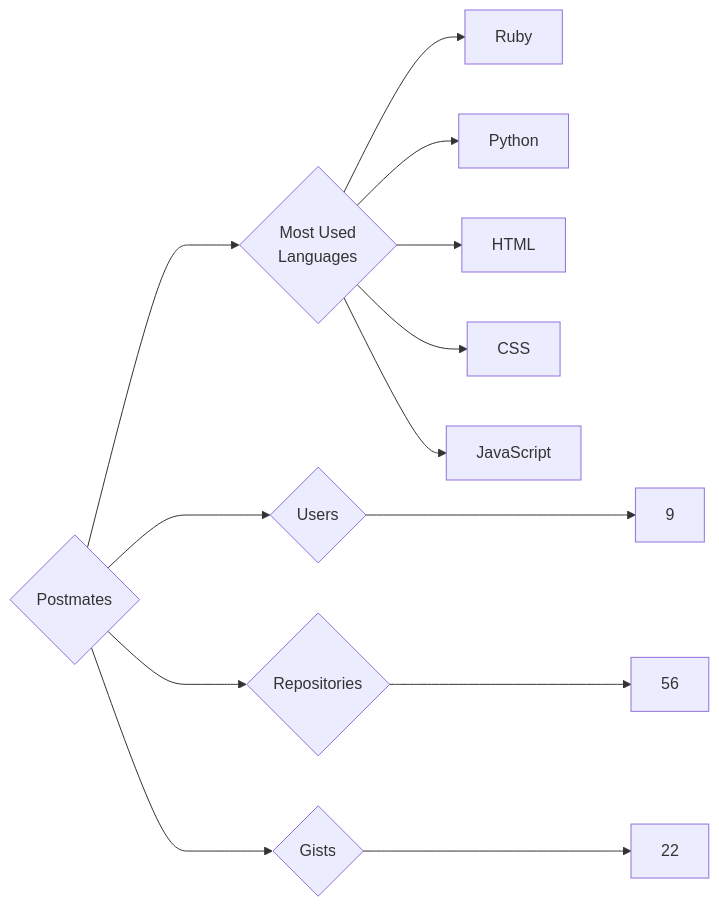
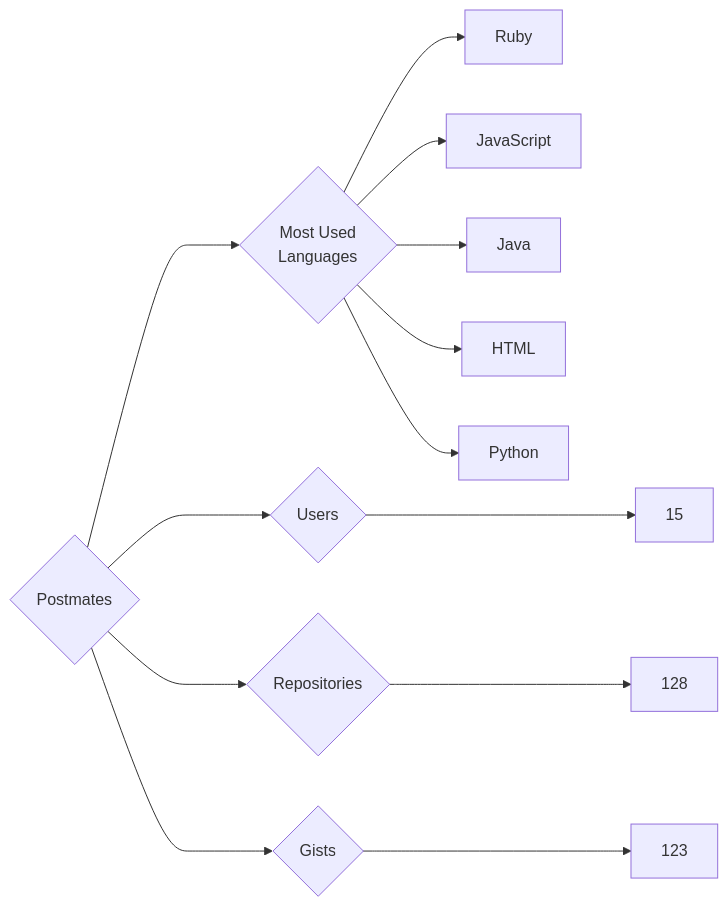
One commit to trickest/insiders changed the diagram in targets/Postmates/README.md. Above: the diagram before and after it, drawn with Mermaid. The commit also changed 1479 other files, not shown here.

````diff
--- a/targets/Postmates/README.md
+++ b/targets/Postmates/README.md
@@ -3,13 +3,13 @@
 ```mermaid
 graph LR
 COMPANY_NAME{Postmates}
-COMPANY_NAME ---> U{Users} ---> UN[9]
-COMPANY_NAME ---> R{Repositories} ---> RN[56]
-COMPANY_NAME ---> G{Gists} ---> GN[22]
+COMPANY_NAME ---> U{Users} ---> UN[15]
+COMPANY_NAME ---> R{Repositories} ---> RN[128]
+COMPANY_NAME ---> G{Gists} ---> GN[123]
 COMPANY_NAME ---> ML{Most Used<br>Languages}
 ML --> Ruby[Ruby]
+ML --> JavaScript[JavaScript]
+ML --> Java[Java]
+ML --> HTML[HTML]
 ML --> Python[Python]
-ML --> HTML[HTML]
-ML --> CSS[CSS]
-ML --> JavaScript[JavaScript]
 ```
````
